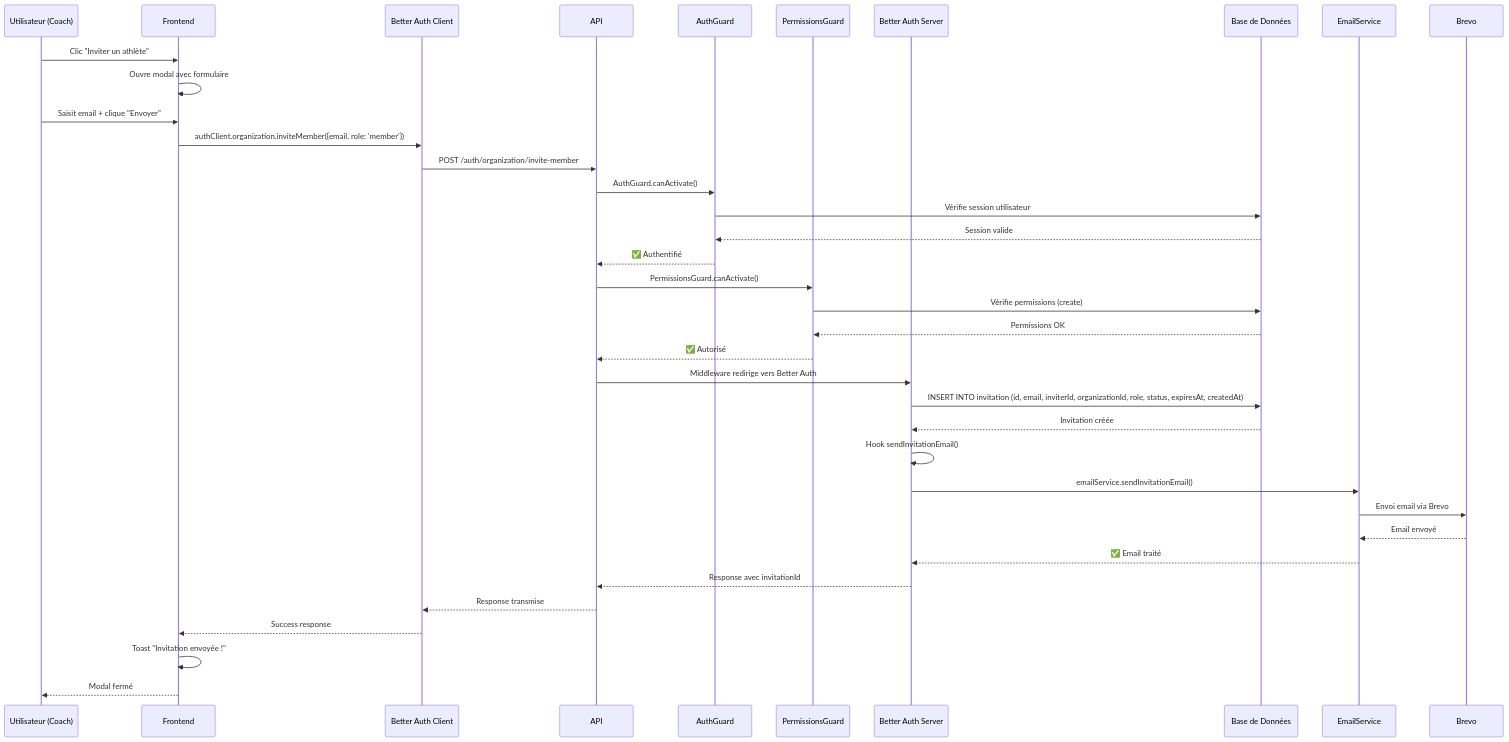
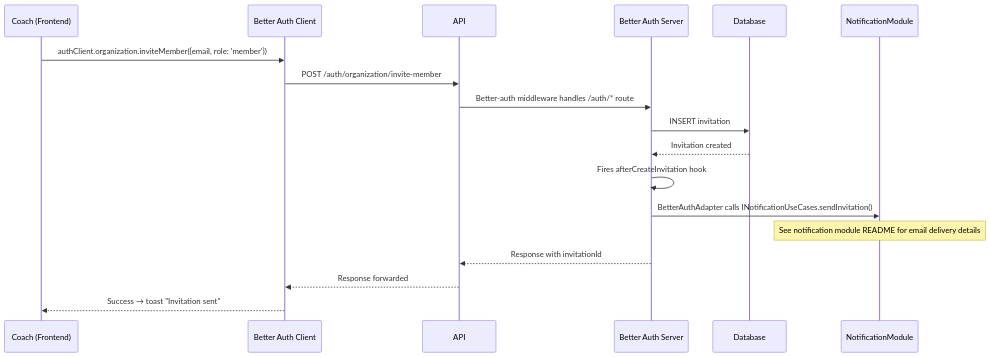
One commit to Netsbump/dropit changed the first of 2 diagrams in apps/api/src/modules/auth/README-organization-onboarding.md. Above: the diagram before and after it, drawn with Mermaid. The commit also changed other lines of this file and 30 other files, not shown here.

First line of the commit message:
♻️ refactor(api): move MikroORM config, simplify auth, and anglicize codebase

````diff
--- a/apps/api/src/modules/auth/README-organization-onboarding.md
+++ b/apps/api/src/modules/auth/README-organization-onboarding.md
@@ -51,46 +33,24 @@
 ```mermaid
 sequenceDiagram
-    participant U as Utilisateur (Coach)
-    participant F as Frontend
-    participant BA as Better Auth Client
+    participant Coach as Coach (Frontend)
+    participant BA_C as Better Auth Client
     participant API as API
-    participant GA as AuthGuard
-    participant PG as PermissionsGuard
     participant BA_S as Better Auth Server
-    participant DB as Base de Données
-    participant ES as EmailService
-    participant B as Brevo
+    participant DB as Database
+    participant Notif as NotificationModule
 
-    U->>F: Clic "Inviter un athlète"
-    F->>F: Ouvre modal avec formulaire
-    U->>F: Saisit email + clique "Envoyer"
-    
-    F->>BA: authClient.organization.inviteMember({email, role: 'member'})
-    BA->>API: POST /auth/organization/invite-member
-    
-    API->>GA: AuthGuard.canActivate()
-    GA->>DB: Vérifie session utilisateur
-    DB-->>GA: Session valide
-    GA-->>API: ✅ Authentifié
-    
-    API->>PG: PermissionsGuard.canActivate()
-    PG->>DB: Vérifie permissions (create)
-    DB-->>PG: Permissions OK
-    PG-->>API: ✅ Autorisé
-    
-    API->>BA_S: Middleware redirige vers Better Auth
-    BA_S->>DB: INSERT INTO invitation (id, email, inviterId, organizationId, role, status, expiresAt, createdAt)
-    DB-->>BA_S: Invitation créée
-    
-    BA_S->>BA_S: Hook sendInvitationEmail()
-    BA_S->>ES: emailService.sendInvitationEmail()
-    ES->>B: Envoi email via Brevo
-    B-->>ES: Email envoyé
-    ES-->>BA_S: ✅ Email traité
-    
-    BA_S-->>API: Response avec invitationId
-    API-->>BA: Response transmise
-    BA-->>F: Success response
-    F->>F: Toast "Invitation envoyée !"
-    F-->>U: Modal fermé
+    Coach->>BA_C: authClient.organization.inviteMember({email, role: 'member'})
+    BA_C->>API: POST /auth/organization/invite-member
+
+    API->>BA_S: Better-auth middleware handles /auth/* route
+    BA_S->>DB: INSERT invitation
+    DB-->>BA_S: Invitation created
+
+    BA_S->>BA_S: Fires afterCreateInvitation hook
+    BA_S->>Notif: BetterAuthAdapter calls INotificationUseCases.sendInvitation()
+    Note over Notif: See notification module README for email delivery details
+
+    BA_S-->>API: Response with invitationId
+    API-->>BA_C: Response forwarded
+    BA_C-->>Coach: Success → toast "Invitation sent"
 ```
````
